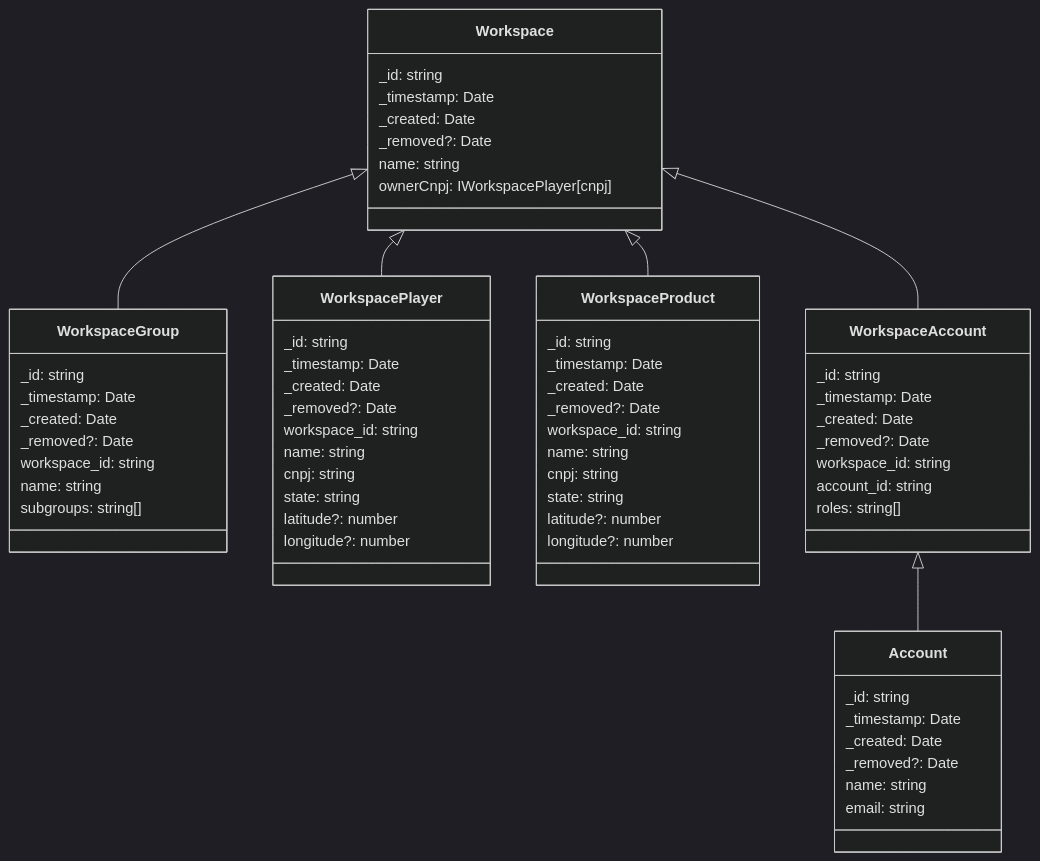
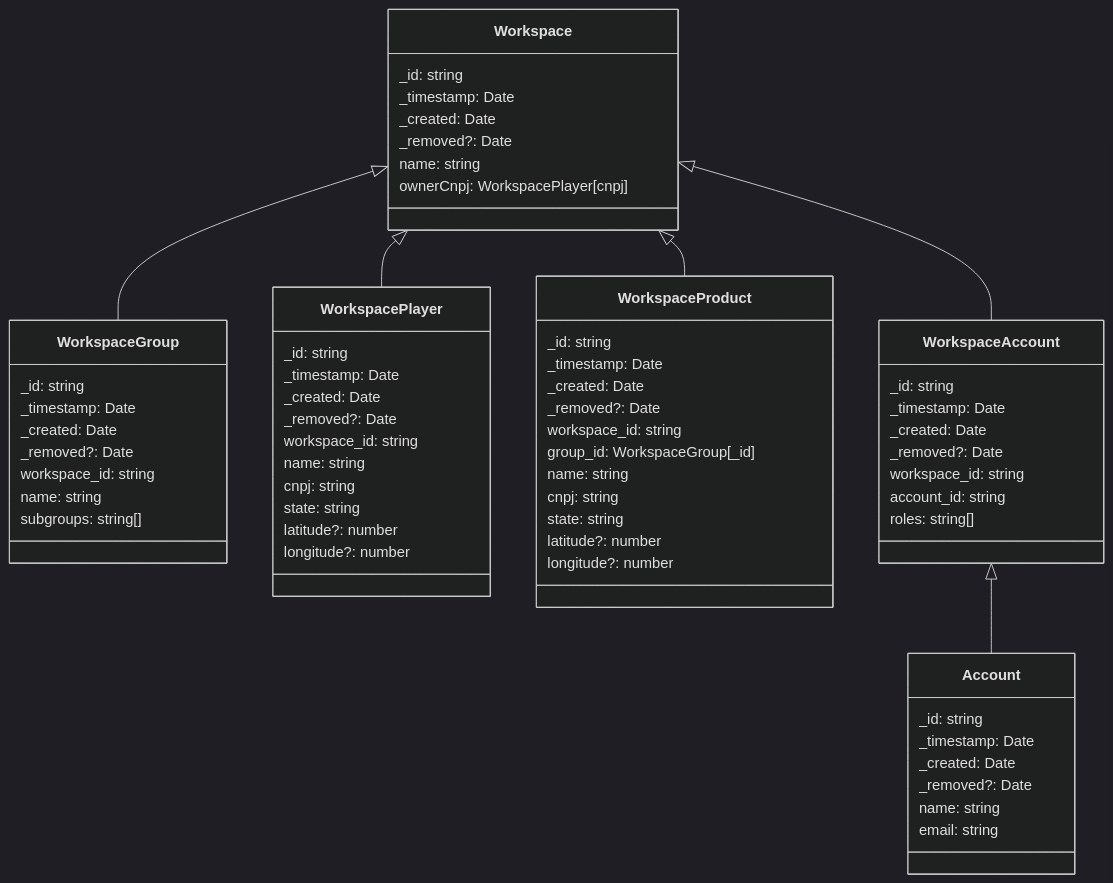
The diagram in README.md (leandroluk/apure-api-data), drawn with Mermaid (dark theme) before and after one commit. The commit also changed 98 other files, not shown here.

````diff
--- a/README.md
+++ b/README.md
@@ -9,66 +9,67 @@
 ```mermaid
 classDiagram
   Workspace <|-- WorkspaceGroup
   Workspace <|-- WorkspacePlayer
   Workspace <|-- WorkspaceProduct
   Workspace <|-- WorkspaceAccount
   WorkspaceAccount <|-- Account
   class Workspace {
     _id: string
     _timestamp: Date
     _created: Date
     _removed?: Date
     name: string
-    ownerCnpj: IWorkspacePlayer[cnpj]
+    ownerCnpj: WorkspacePlayer[cnpj]
   }
   class WorkspaceGroup {
     _id: string
     _timestamp: Date
     _created: Date
     _removed?: Date
     workspace_id: string
     name: string
     subgroups: string[]
   }
   class WorkspacePlayer {
     _id: string
     _timestamp: Date
     _created: Date
     _removed?: Date
     workspace_id: string
     name: string
     cnpj: string
     state: string
     latitude?: number
     longitude?: number
   }
   class WorkspaceProduct {
     _id: string
     _timestamp: Date
     _created: Date
     _removed?: Date
     workspace_id: string
+    group_id: WorkspaceGroup[_id]
     name: string
     cnpj: string
     state: string
     latitude?: number
     longitude?: number
   }
   class WorkspaceAccount {
     _id: string
     _timestamp: Date
     _created: Date
     _removed?: Date
     workspace_id: string
     account_id: string
     roles: string[]
   }
   class Account {
     _id: string
     _timestamp: Date
     _created: Date
     _removed?: Date    
     name: string
     email: string
   }
 ```
````
